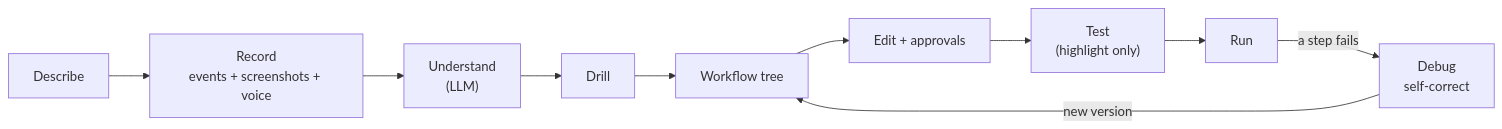
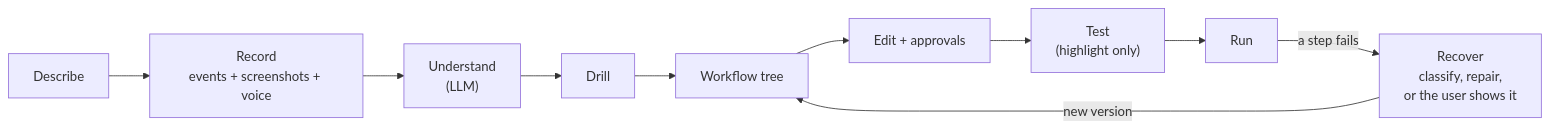
Before and after one commit to Akshat-Soni02/nxn-global-ai-hackathon-personal-agent: the diagram in readme.md, drawn with Mermaid. The commit also changed other lines of this file and 1 other file, not shown here.

Commit message:
docs: frame failure recovery: classify, whole-workflow repair, pause and show
Replaces the single-step debug section with the decided design: classify
failures first (only drift changes a workflow), repair may change any part
of the tree within fixed limits, a fix needs evidence, verified fixes become
the next version at once, and when repair fails the run pauses and the user
demonstrates the step. Open questions added for agent vs one call, halfway
failures, nothing-to-do vs drift and wrong-but-successful steps.

````diff
--- a/readme.md
+++ b/readme.md
@@ -10,12 +10,12 @@
 ```mermaid
 flowchart LR
   D["Describe"] --> R["Record<br/>events + screenshots + voice"]
   R --> U["Understand<br/>(LLM)"]
   U --> Q["Drill"]
   Q --> T["Workflow tree"]
   T --> E["Edit + approvals"]
   E --> H["Test<br/>(highlight only)"]
   H --> P["Run"]
-  P -- "a step fails" --> G["Debug<br/>self-correct"]
+  P -- "a step fails" --> G["Recover<br/>classify, repair,<br/>or the user shows it"]
   G -- "new version" --> T
 ```
````
